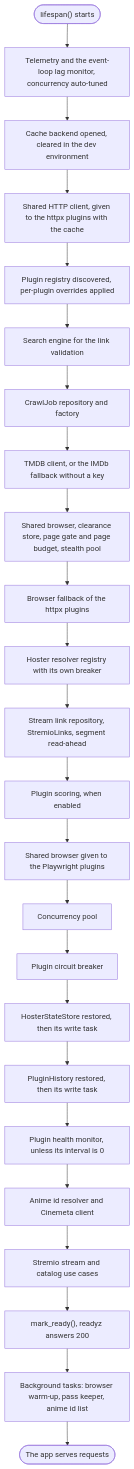
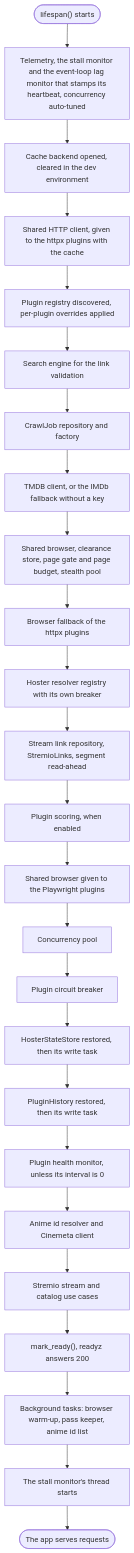
Before and after one commit to Strob0t/Scavengarr: the third of 4 diagrams in docs/current/architecture.md, drawn with Mermaid. The commit also changed other lines of this file and 28 other files, not shown here.

````diff
--- a/docs/current/architecture.md
+++ b/docs/current/architecture.md
@@ -353,26 +354,27 @@
 ```mermaid
 flowchart TD
-    begin(["lifespan() starts"]) --> tel["Telemetry and the event-loop lag monitor, concurrency auto-tuned"]
+    begin(["lifespan() starts"]) --> tel["Telemetry, the stall monitor and the event-loop lag monitor that stamps its heartbeat, concurrency auto-tuned"]
     tel --> cache["Cache backend opened, cleared in the dev environment"]
     cache --> http["Shared HTTP client, given to the httpx plugins with the cache"]
     http --> plugins["Plugin registry discovered, per-plugin overrides applied"]
     plugins --> engine["Search engine for the link validation"]
     engine --> crawl["CrawlJob repository and factory"]
     crawl --> tmdb["TMDB client, or the IMDb fallback without a key"]
     tmdb --> browser["Shared browser, clearance store, page gate and page budget, stealth pool"]
     browser --> fetcher["Browser fallback of the httpx plugins"]
     fetcher --> registry["Hoster resolver registry with its own breaker"]
     registry --> links["Stream link repository, StremioLinks, segment read-ahead"]
     links --> scoring["Plugin scoring, when enabled"]
     scoring --> pw["Shared browser given to the Playwright plugins"]
     pw --> pool["Concurrency pool"]
     pool --> breaker["Plugin circuit breaker"]
     breaker --> state["HosterStateStore restored, then its write task"]
     state --> history["PluginHistory restored, then its write task"]
     history --> health["Plugin health monitor, unless its interval is 0"]
     health --> anime["Anime id resolver and Cinemeta client"]
     anime --> ucs["Stremio stream and catalog use cases"]
     ucs --> ready["mark_ready(), readyz answers 200"]
     ready --> bg["Background tasks: browser warm-up, pass keeper, anime id list"]
-    bg --> serve(["The app serves requests"])
+    bg --> watch["The stall monitor's thread starts"]
+    watch --> serve(["The app serves requests"])
 ```
````
